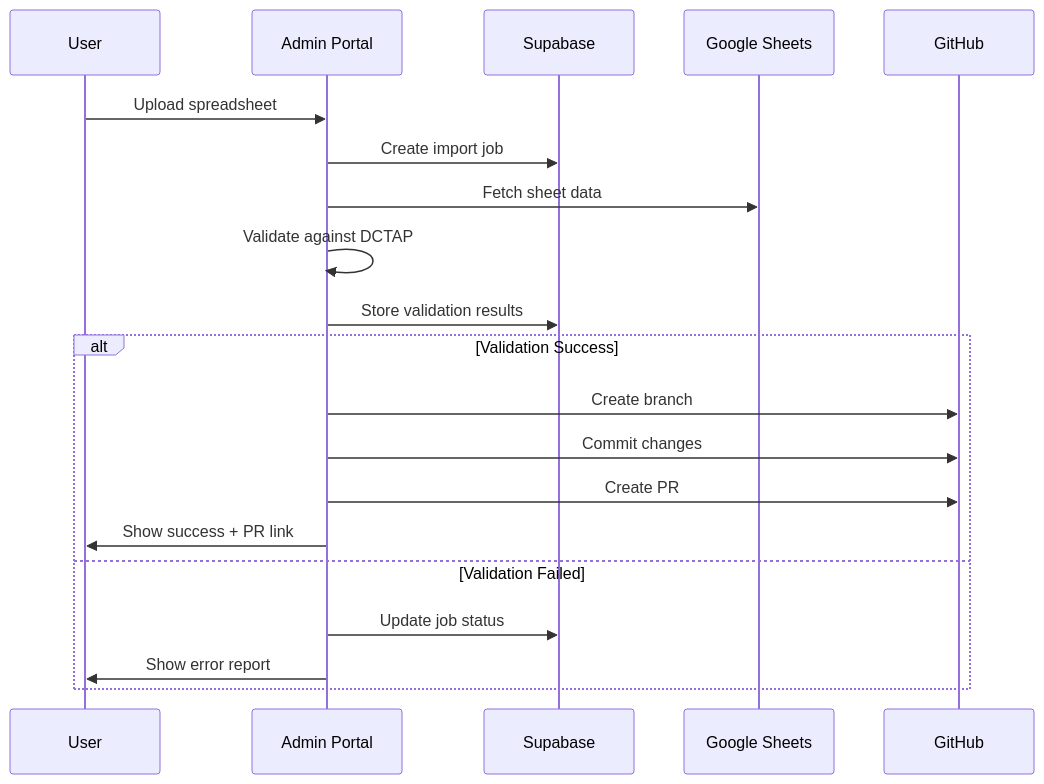
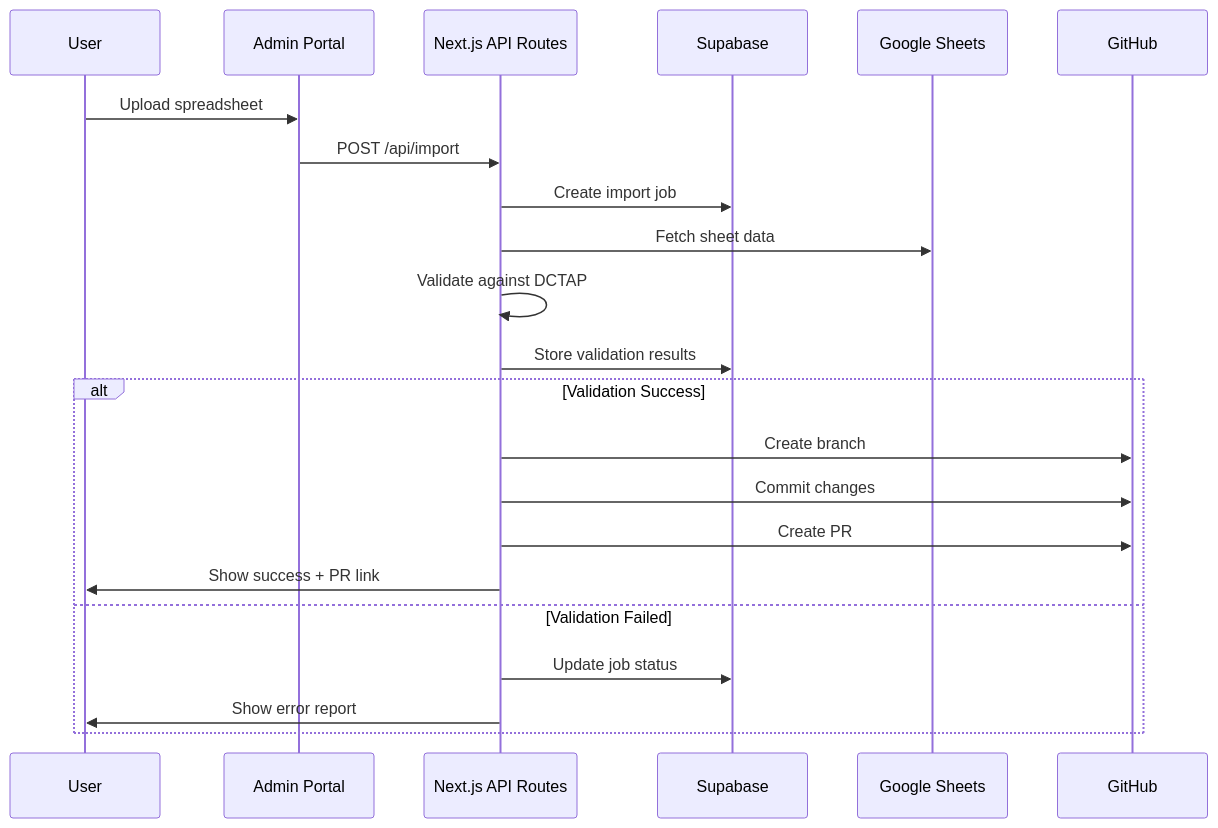
Before and after one commit to iflastandards/platform: the first of 4 diagrams in system-design-docs/02-data-architecture.md, drawn with Mermaid. The commit also changed other lines of this file and 46 other files, not shown here.

````diff
--- a/system-design-docs/02-data-architecture.md
+++ b/system-design-docs/02-data-architecture.md
@@ -312,24 +318,26 @@
 ```mermaid
 sequenceDiagram
     participant U as User
     participant A as Admin Portal
+    participant API as Next.js API Routes
     participant S as Supabase
     participant G as Google Sheets
     participant GH as GitHub
 
     U->>A: Upload spreadsheet
-    A->>S: Create import job
-    A->>G: Fetch sheet data
-    A->>A: Validate against DCTAP
-    A->>S: Store validation results
+    A->>API: POST /api/import
+    API->>S: Create import job
+    API->>G: Fetch sheet data
+    API->>API: Validate against DCTAP
+    API->>S: Store validation results
     
     alt Validation Success
-        A->>GH: Create branch
-        A->>GH: Commit changes
-        A->>GH: Create PR
-        A->>U: Show success + PR link
+        API->>GH: Create branch
+        API->>GH: Commit changes
+        API->>GH: Create PR
+        API->>U: Show success + PR link
     else Validation Failed
-        A->>S: Update job status
-        A->>U: Show error report
+        API->>S: Update job status
+        API->>U: Show error report
     end
 ```
````
